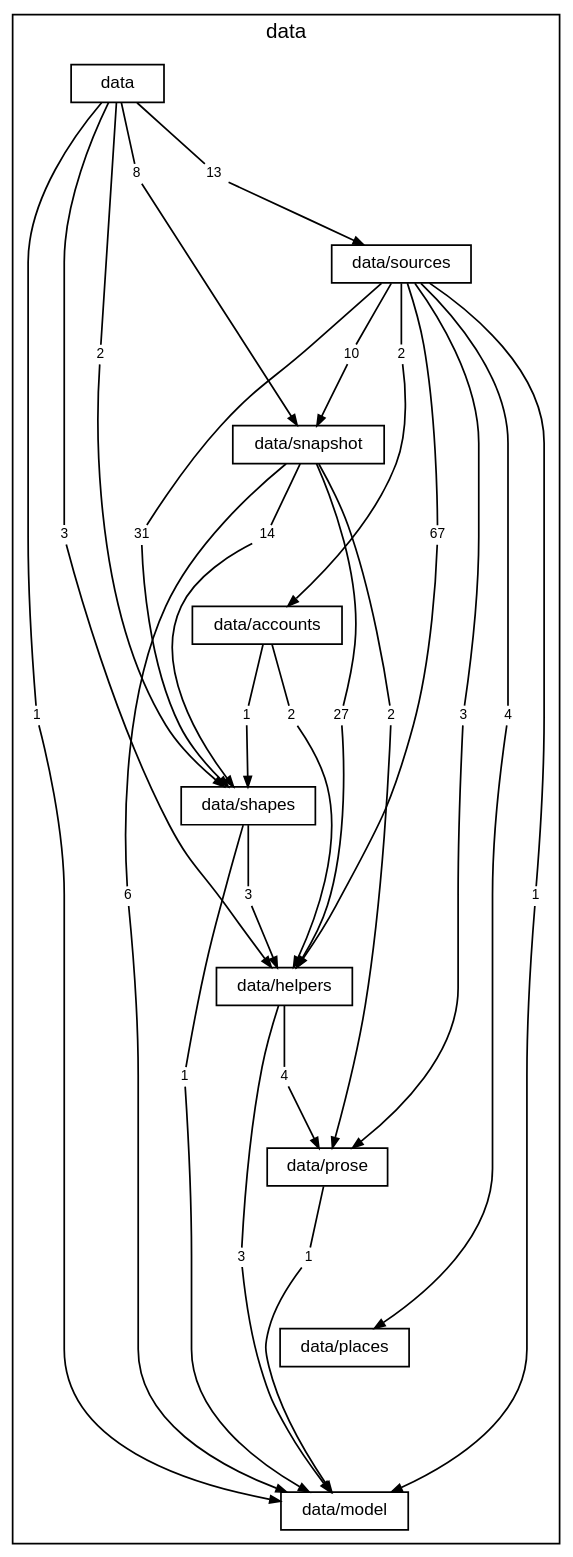
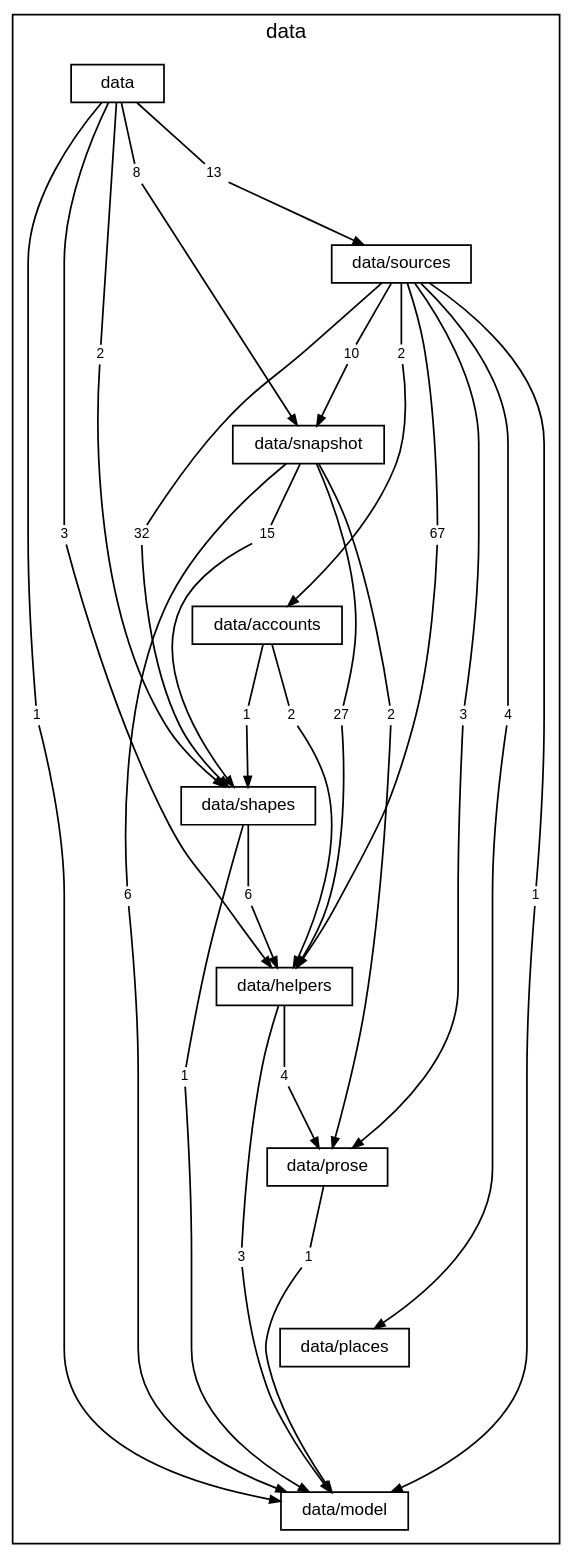
One commit to TheAxeC/oculus changed the diagram in docs/diagrams/layer-data.dot. Above: the diagram before and after it, drawn with Graphviz. The commit also changed 165 other files, not shown here.

```diff
--- a/docs/diagrams/layer-data.dot
+++ b/docs/diagrams/layer-data.dot
@@ -1,94 +1,94 @@
 digraph layer_data {
     graph [bgcolor="transparent", rankdir=TB, newrank=true, mclimit=4, fontname="Helvetica", fontsize=12, nodesep=0.2, ranksep=0.5];
     node [shape=box, color="black", fontcolor="black", fontname="Helvetica", fontsize=10, height=0.3, margin="0.12,0.04"];
     edge [color="black", fontcolor="black", fontname="Helvetica", fontsize=8, arrowsize=0.6];
     subgraph "cluster_data" {
         label="data"; style=solid;
         "folder data" [label="data"];
         "folder data/sources" [label="data/sources"];
         "folder data/snapshot" [label="data/snapshot"];
         "folder data/accounts" [label="data/accounts"];
         "folder data/shapes" [label="data/shapes"];
         "folder data/helpers" [label="data/helpers"];
         "folder data/prose" [label="data/prose"];
         "folder data/places" [label="data/places"];
         "folder data/model" [label="data/model"];
         "folder data to folder data/helpers" [label="3", shape=box, color="transparent", fontsize=8, width=0, height=0, margin="0.04,0.02"];
         "folder data to folder data/model" [label="1", shape=box, color="transparent", fontsize=8, width=0, height=0, margin="0.04,0.02"];
         "folder data to folder data/shapes" [label="2", shape=box, color="transparent", fontsize=8, width=0, height=0, margin="0.04,0.02"];
         "folder data to folder data/snapshot" [label="8", shape=box, color="transparent", fontsize=8, width=0, height=0, margin="0.04,0.02"];
         "folder data to folder data/sources" [label="13", shape=box, color="transparent", fontsize=8, width=0, height=0, margin="0.04,0.02"];
         "folder data/sources to folder data/accounts" [label="2", shape=box, color="transparent", fontsize=8, width=0, height=0, margin="0.04,0.02"];
         "folder data/sources to folder data/helpers" [label="67", shape=box, color="transparent", fontsize=8, width=0, height=0, margin="0.04,0.02"];
         "folder data/sources to folder data/model" [label="1", shape=box, color="transparent", fontsize=8, width=0, height=0, margin="0.04,0.02"];
         "folder data/sources to folder data/places" [label="4", shape=box, color="transparent", fontsize=8, width=0, height=0, margin="0.04,0.02"];
         "folder data/sources to folder data/prose" [label="3", shape=box, color="transparent", fontsize=8, width=0, height=0, margin="0.04,0.02"];
-        "folder data/sources to folder data/shapes" [label="31", shape=box, color="transparent", fontsize=8, width=0, height=0, margin="0.04,0.02"];
+        "folder data/sources to folder data/shapes" [label="32", shape=box, color="transparent", fontsize=8, width=0, height=0, margin="0.04,0.02"];
         "folder data/sources to folder data/snapshot" [label="10", shape=box, color="transparent", fontsize=8, width=0, height=0, margin="0.04,0.02"];
         "folder data/snapshot to folder data/helpers" [label="27", shape=box, color="transparent", fontsize=8, width=0, height=0, margin="0.04,0.02"];
         "folder data/snapshot to folder data/model" [label="6", shape=box, color="transparent", fontsize=8, width=0, height=0, margin="0.04,0.02"];
         "folder data/snapshot to folder data/prose" [label="2", shape=box, color="transparent", fontsize=8, width=0, height=0, margin="0.04,0.02"];
-        "folder data/snapshot to folder data/shapes" [label="14", shape=box, color="transparent", fontsize=8, width=0, height=0, margin="0.04,0.02"];
+        "folder data/snapshot to folder data/shapes" [label="15", shape=box, color="transparent", fontsize=8, width=0, height=0, margin="0.04,0.02"];
         "folder data/accounts to folder data/helpers" [label="2", shape=box, color="transparent", fontsize=8, width=0, height=0, margin="0.04,0.02"];
         "folder data/accounts to folder data/shapes" [label="1", shape=box, color="transparent", fontsize=8, width=0, height=0, margin="0.04,0.02"];
-        "folder data/shapes to folder data/helpers" [label="3", shape=box, color="transparent", fontsize=8, width=0, height=0, margin="0.04,0.02"];
+        "folder data/shapes to folder data/helpers" [label="6", shape=box, color="transparent", fontsize=8, width=0, height=0, margin="0.04,0.02"];
         "folder data/shapes to folder data/model" [label="1", shape=box, color="transparent", fontsize=8, width=0, height=0, margin="0.04,0.02"];
         "folder data/helpers to folder data/model" [label="3", shape=box, color="transparent", fontsize=8, width=0, height=0, margin="0.04,0.02"];
         "folder data/helpers to folder data/prose" [label="4", shape=box, color="transparent", fontsize=8, width=0, height=0, margin="0.04,0.02"];
         "folder data/prose to folder data/model" [label="1", shape=box, color="transparent", fontsize=8, width=0, height=0, margin="0.04,0.02"];
     }
     "folder data" -> "folder data/sources" [style=invis, weight=10, minlen=2];
     "folder data/sources" -> "folder data/snapshot" [style=invis, weight=10, minlen=2];
     "folder data/snapshot" -> "folder data/accounts" [style=invis, weight=10, minlen=2];
     "folder data/accounts" -> "folder data/shapes" [style=invis, weight=10, minlen=2];
     "folder data/shapes" -> "folder data/helpers" [style=invis, weight=10, minlen=2];
     "folder data/helpers" -> "folder data/prose" [style=invis, weight=10, minlen=2];
     "folder data/prose" -> "folder data/places" [style=invis, weight=10, minlen=2];
     "folder data/places" -> "folder data/model" [style=invis, weight=10, minlen=2];
     "folder data" -> "folder data to folder data/helpers" [arrowhead=none, minlen=5, weight=10];
     "folder data to folder data/helpers" -> "folder data/helpers" [];
     "folder data" -> "folder data to folder data/model" [arrowhead=none, minlen=7, weight=10];
     "folder data to folder data/model" -> "folder data/model" [];
     "folder data" -> "folder data to folder data/shapes" [arrowhead=none, minlen=3, weight=10];
     "folder data to folder data/shapes" -> "folder data/shapes" [];
     "folder data" -> "folder data to folder data/snapshot" [arrowhead=none, minlen=1, weight=10];
     "folder data to folder data/snapshot" -> "folder data/snapshot" [];
     "folder data" -> "folder data to folder data/sources" [arrowhead=none, minlen=1, weight=10];
     "folder data to folder data/sources" -> "folder data/sources" [];
     "folder data/sources" -> "folder data/sources to folder data/accounts" [arrowhead=none, minlen=1, weight=10];
     "folder data/sources to folder data/accounts" -> "folder data/accounts" [];
     "folder data/sources" -> "folder data/sources to folder data/helpers" [arrowhead=none, minlen=3, weight=10];
     "folder data/sources to folder data/helpers" -> "folder data/helpers" [];
     "folder data/sources" -> "folder data/sources to folder data/model" [arrowhead=none, minlen=7, weight=10];
     "folder data/sources to folder data/model" -> "folder data/model" [];
     "folder data/sources" -> "folder data/sources to folder data/places" [arrowhead=none, minlen=5, weight=10];
     "folder data/sources to folder data/places" -> "folder data/places" [];
     "folder data/sources" -> "folder data/sources to folder data/prose" [arrowhead=none, minlen=5, weight=10];
     "folder data/sources to folder data/prose" -> "folder data/prose" [];
     "folder data/sources" -> "folder data/sources to folder data/shapes" [arrowhead=none, minlen=3, weight=10];
     "folder data/sources to folder data/shapes" -> "folder data/shapes" [];
     "folder data/sources" -> "folder data/sources to folder data/snapshot" [arrowhead=none, minlen=1, weight=10];
     "folder data/sources to folder data/snapshot" -> "folder data/snapshot" [];
     "folder data/snapshot" -> "folder data/snapshot to folder data/helpers" [arrowhead=none, minlen=3, weight=10];
     "folder data/snapshot to folder data/helpers" -> "folder data/helpers" [];
     "folder data/snapshot" -> "folder data/snapshot to folder data/model" [arrowhead=none, minlen=5, weight=10];
     "folder data/snapshot to folder data/model" -> "folder data/model" [];
     "folder data/snapshot" -> "folder data/snapshot to folder data/prose" [arrowhead=none, minlen=3, weight=10];
     "folder data/snapshot to folder data/prose" -> "folder data/prose" [];
     "folder data/snapshot" -> "folder data/snapshot to folder data/shapes" [arrowhead=none, minlen=1, weight=10];
     "folder data/snapshot to folder data/shapes" -> "folder data/shapes" [];
     "folder data/accounts" -> "folder data/accounts to folder data/helpers" [arrowhead=none, minlen=1, weight=10];
     "folder data/accounts to folder data/helpers" -> "folder data/helpers" [];
     "folder data/accounts" -> "folder data/accounts to folder data/shapes" [arrowhead=none, minlen=1, weight=10];
     "folder data/accounts to folder data/shapes" -> "folder data/shapes" [];
     "folder data/shapes" -> "folder data/shapes to folder data/helpers" [arrowhead=none, minlen=1, weight=10];
     "folder data/shapes to folder data/helpers" -> "folder data/helpers" [];
     "folder data/shapes" -> "folder data/shapes to folder data/model" [arrowhead=none, minlen=3, weight=10];
     "folder data/shapes to folder data/model" -> "folder data/model" [];
     "folder data/helpers" -> "folder data/helpers to folder data/model" [arrowhead=none, minlen=3, weight=10];
     "folder data/helpers to folder data/model" -> "folder data/model" [];
     "folder data/helpers" -> "folder data/helpers to folder data/prose" [arrowhead=none, minlen=1, weight=10];
     "folder data/helpers to folder data/prose" -> "folder data/prose" [];
     "folder data/prose" -> "folder data/prose to folder data/model" [arrowhead=none, minlen=1, weight=10];
     "folder data/prose to folder data/model" -> "folder data/model" [];
 }
```
